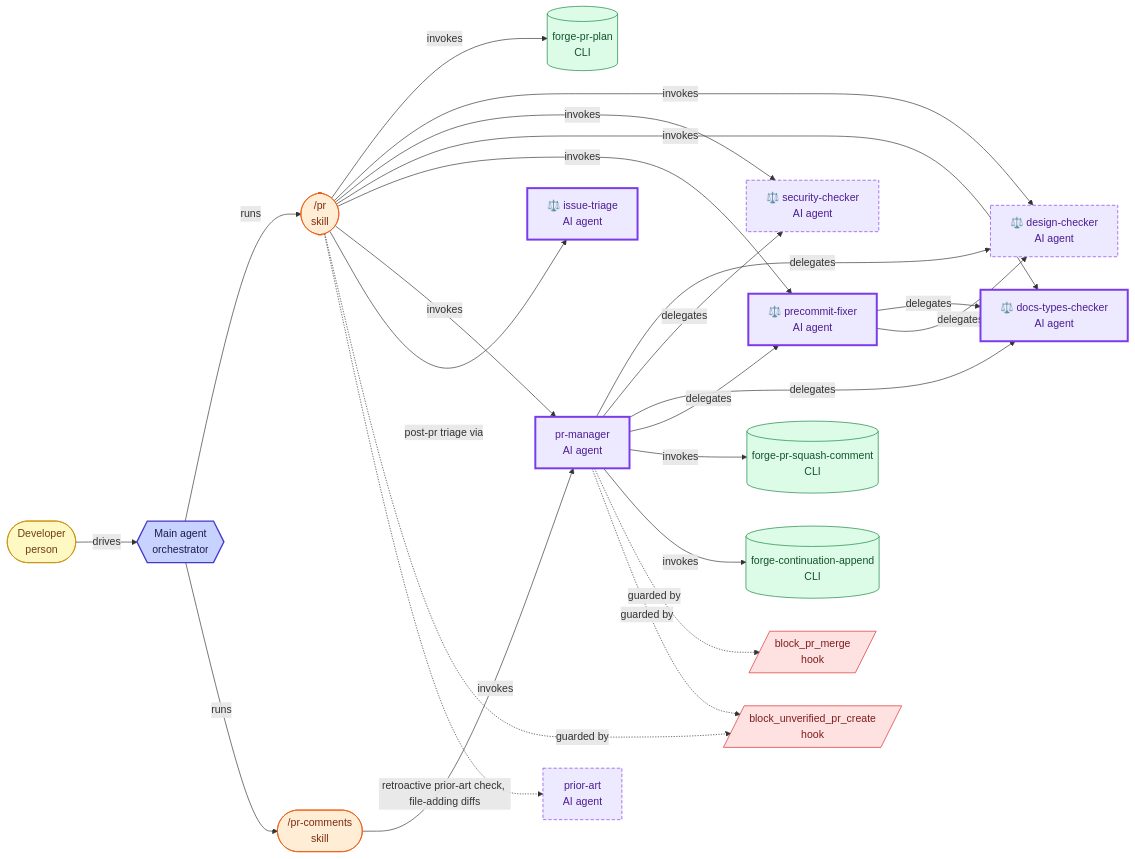
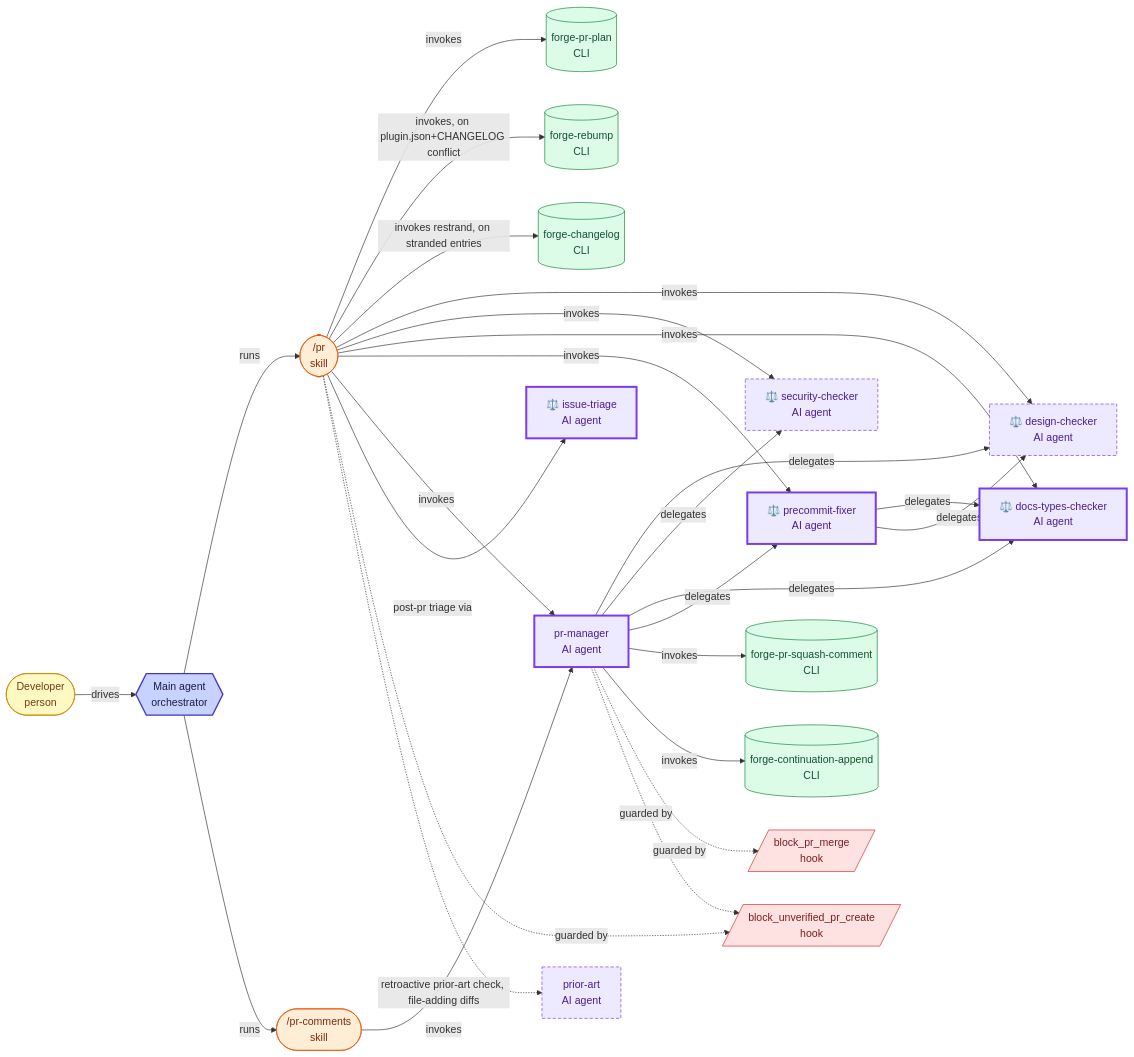
The third of 7 diagrams in docs/agent-architecture.md (misnaej/forge), drawn with Mermaid before and after one commit. The commit also changed other lines of this file and 71 other files, not shown here.

````diff
--- a/docs/agent-architecture.md
+++ b/docs/agent-architecture.md
@@ -187,74 +200,80 @@
 ```mermaid
 graph LR
   classDef person fill:#fef9c3,stroke:#ca8a04,color:#713f12
   classDef agent fill:#ede9fe,stroke:#7c3aed,color:#4c1d95
   classDef skill fill:#ffedd5,stroke:#ea580c,color:#7c2d12
   classDef hook fill:#fee2e2,stroke:#dc2626,color:#7f1d1d
   classDef cli fill:#dcfce7,stroke:#15803d,color:#14532d
   classDef policy fill:#f1f5f9,stroke:#64748b,color:#334155
   classDef orchestrator fill:#c7d2fe,stroke:#4338ca,color:#1e1b4b,stroke-width:2px
   classDef reporter stroke-dasharray:5 3
   classDef mutator stroke-width:3px
   human(["Developer<br/>person"])
   main_agent{{"Main agent<br/>orchestrator"}}
   human -->|drives| main_agent
   hk_block_pr_merge[/"block_pr_merge<br/>hook"/]
   hk_block_unverified_pr_create[/"block_unverified_pr_create<br/>hook"/]
   design_checker["⚖️ design-checker<br/>AI agent"]
   docs_types_checker["⚖️ docs-types-checker<br/>AI agent"]
   cli_forge_continuation_append[("forge-continuation-append<br/>CLI")]
   cli_forge_pr_plan[("forge-pr-plan<br/>CLI")]
   cli_forge_pr_squash_comment[("forge-pr-squash-comment<br/>CLI")]
+  cli_forge_rebump[("forge-rebump<br/>CLI")]
+  cli_forge_changelog[("forge-changelog<br/>CLI")]
   sk_pr(["/pr<br/>skill"])
   prior_art["prior-art<br/>AI agent"]
   pr_manager["pr-manager<br/>AI agent"]
   precommit_fixer["⚖️ precommit-fixer<br/>AI agent"]
   sk_pr_comments(["/pr-comments<br/>skill"])
   security_checker["⚖️ security-checker<br/>AI agent"]
   issue_triage["⚖️ issue-triage<br/>AI agent"]
   main_agent -->|runs| sk_pr
   main_agent -->|runs| sk_pr_comments
   pr_manager -->|delegates| design_checker
   pr_manager -->|delegates| security_checker
   pr_manager -->|delegates| docs_types_checker
   pr_manager -->|delegates| precommit_fixer
   precommit_fixer -->|delegates| docs_types_checker
   precommit_fixer -->|delegates| design_checker
   sk_pr -->|invokes| cli_forge_pr_plan
+  sk_pr -->|invokes, on plugin.json+CHANGELOG conflict| cli_forge_rebump
+  sk_pr -->|invokes restrand, on stranded entries| cli_forge_changelog
   sk_pr -->|invokes| design_checker
   sk_pr -->|invokes| security_checker
   sk_pr -->|invokes| docs_types_checker
   sk_pr -->|invokes| precommit_fixer
   sk_pr -->|invokes| pr_manager
   sk_pr -->|post-pr triage via| issue_triage
   sk_pr_comments -->|invokes| pr_manager
   pr_manager -->|invokes| cli_forge_pr_squash_comment
   pr_manager -->|invokes| cli_forge_continuation_append
   pr_manager -.->|guarded by| hk_block_pr_merge
   pr_manager -.->|guarded by| hk_block_unverified_pr_create
   sk_pr -.->|guarded by| hk_block_unverified_pr_create
   sk_pr -.->|retroactive prior-art check, file-adding diffs| prior_art
   class human person
   class main_agent orchestrator
   class hk_block_pr_merge hook
   class hk_block_unverified_pr_create hook
   class prior_art agent
   class prior_art reporter
   class design_checker agent
   class design_checker reporter
   class docs_types_checker agent
   class docs_types_checker mutator
   class cli_forge_continuation_append cli
   class cli_forge_pr_plan cli
   class cli_forge_pr_squash_comment cli
+  class cli_forge_rebump cli
+  class cli_forge_changelog cli
   class sk_pr skill
   class pr_manager agent
   class pr_manager mutator
   class precommit_fixer agent
   class precommit_fixer mutator
   class sk_pr_comments skill
   class security_checker agent
   class security_checker reporter
   class issue_triage agent
   class issue_triage mutator
 ```
````
